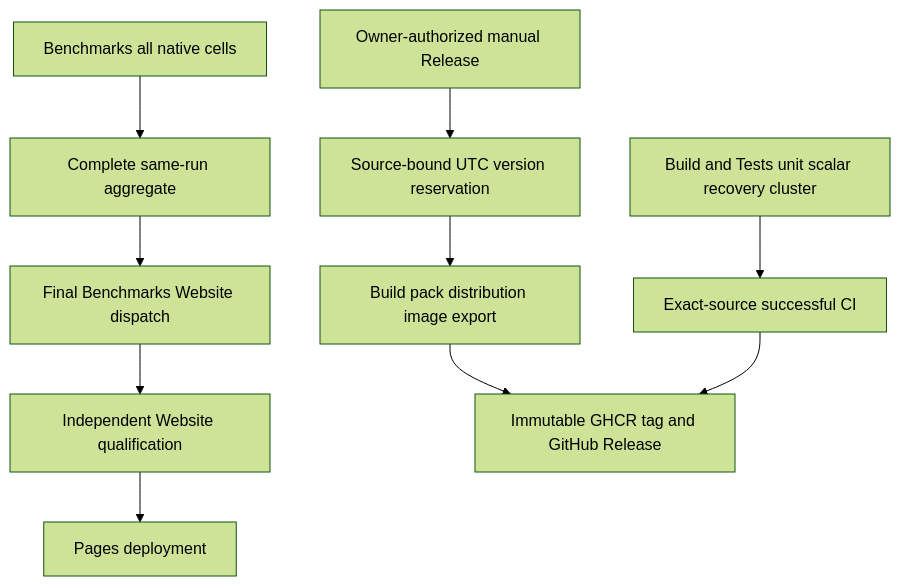
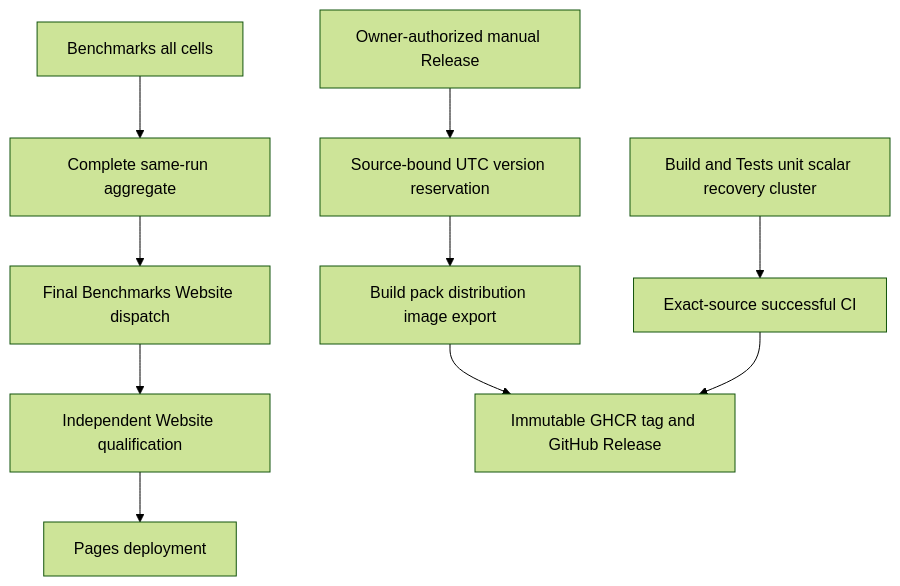
One commit to managedcode/KeyLoad changed the first of 2 diagrams in docs/ADR/ADR-064-workflow-release-delivery.md. Above: the diagram before and after it, drawn with Mermaid (forest theme). The commit also changed other lines of this file and 9016 other files, not shown here.

````diff
--- a/docs/ADR/ADR-064-workflow-release-delivery.md
+++ b/docs/ADR/ADR-064-workflow-release-delivery.md
@@ -21,12 +21,12 @@
 ```mermaid
 flowchart TD
     CI[Build and Tests unit scalar recovery cluster] --> Gate[Exact-source successful CI]
-    B[Benchmarks all native cells] --> A[Complete same-run aggregate]
+    B[Benchmarks all cells] --> A[Complete same-run aggregate]
     A --> Trigger[Final Benchmarks Website dispatch]
     Trigger --> Q[Independent Website qualification]
     Q --> D[Pages deployment]
     R[Owner-authorized manual Release] --> V[Source-bound UTC version reservation]
     V --> P[Build pack distribution image export]
     P --> F[Immutable GHCR tag and GitHub Release]
     Gate --> F
 ```
````
